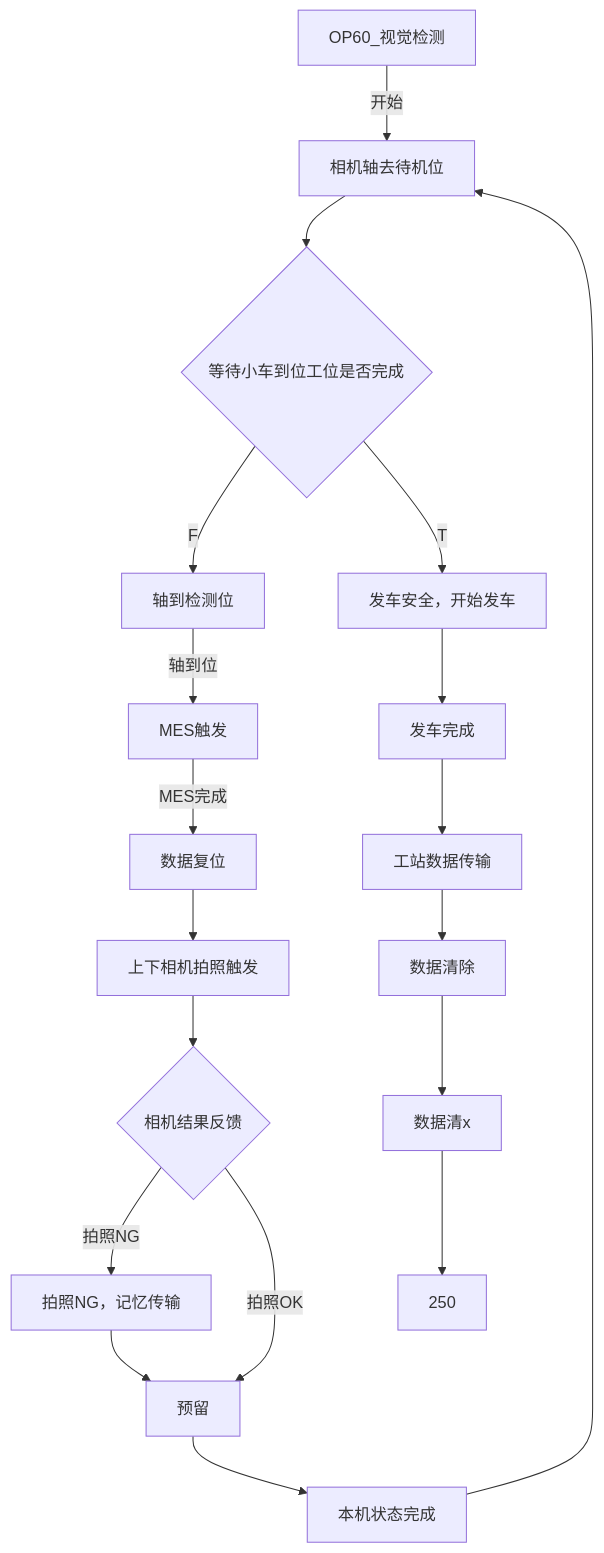
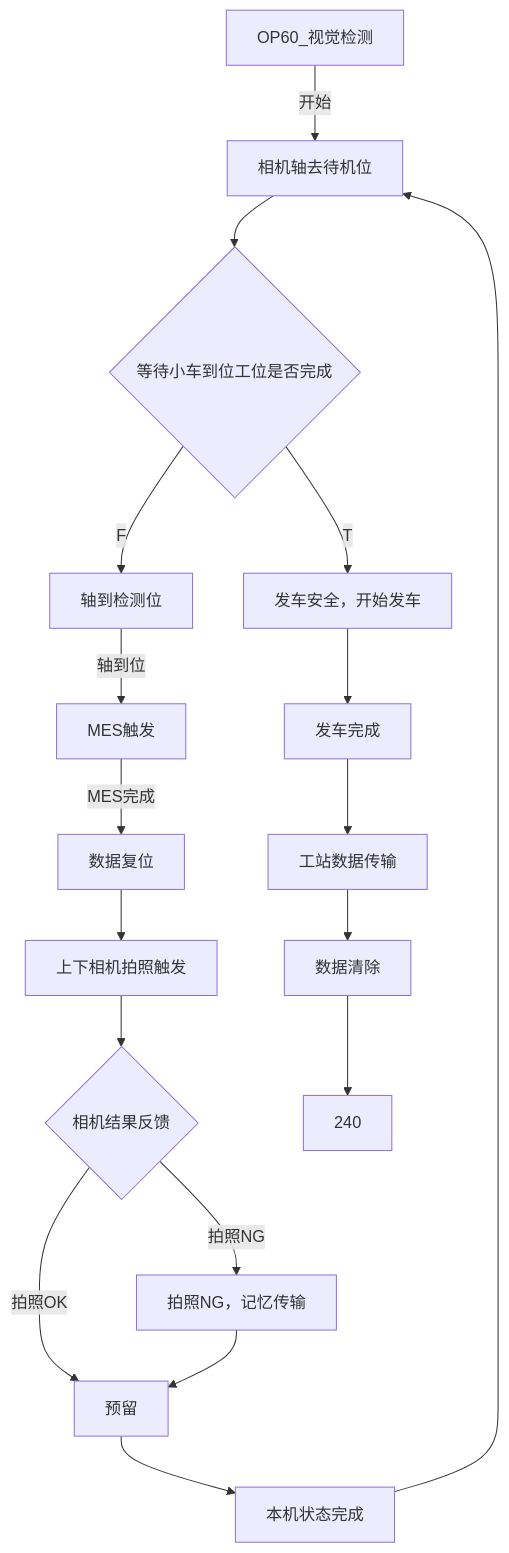
One commit to zmq000/iodraw-files changed the diagram in all/OP60_视觉检测工位1-2.md. Above: the diagram before and after it, drawn with Mermaid.

Commit message:
2026-06-30 19:57:36 update

````diff
--- a/all/OP60_视觉检测工位1-2.md
+++ b/all/OP60_视觉检测工位1-2.md
@@ -1,21 +1,21 @@
 ```mermaid
 graph TD
    0[OP60_视觉检测]-->|开始|10
    10[相机轴去待机位]-->20
    20{等待小车到位工位是否完成}-->|F|100
    20-->|T|200
    100[轴到检测位]-->|轴到位|105
    105[MES触发]-->|MES完成|110
    110[数据复位]-->120
    120[上下相机拍照触发]-->130
    130{相机结果反馈}-->|拍照NG|140
    130-->|拍照OK|150
    140[拍照NG，记忆传输]-->150
    150[预留]-->160
    160[本机状态完成]-->10
    200[发车安全，开始发车]-->210
    210[发车完成]-->220
    220[工站数据传输]-->230
    230[数据清除]-->240
-   240[数据清x]-->250
+   
 ```
````
